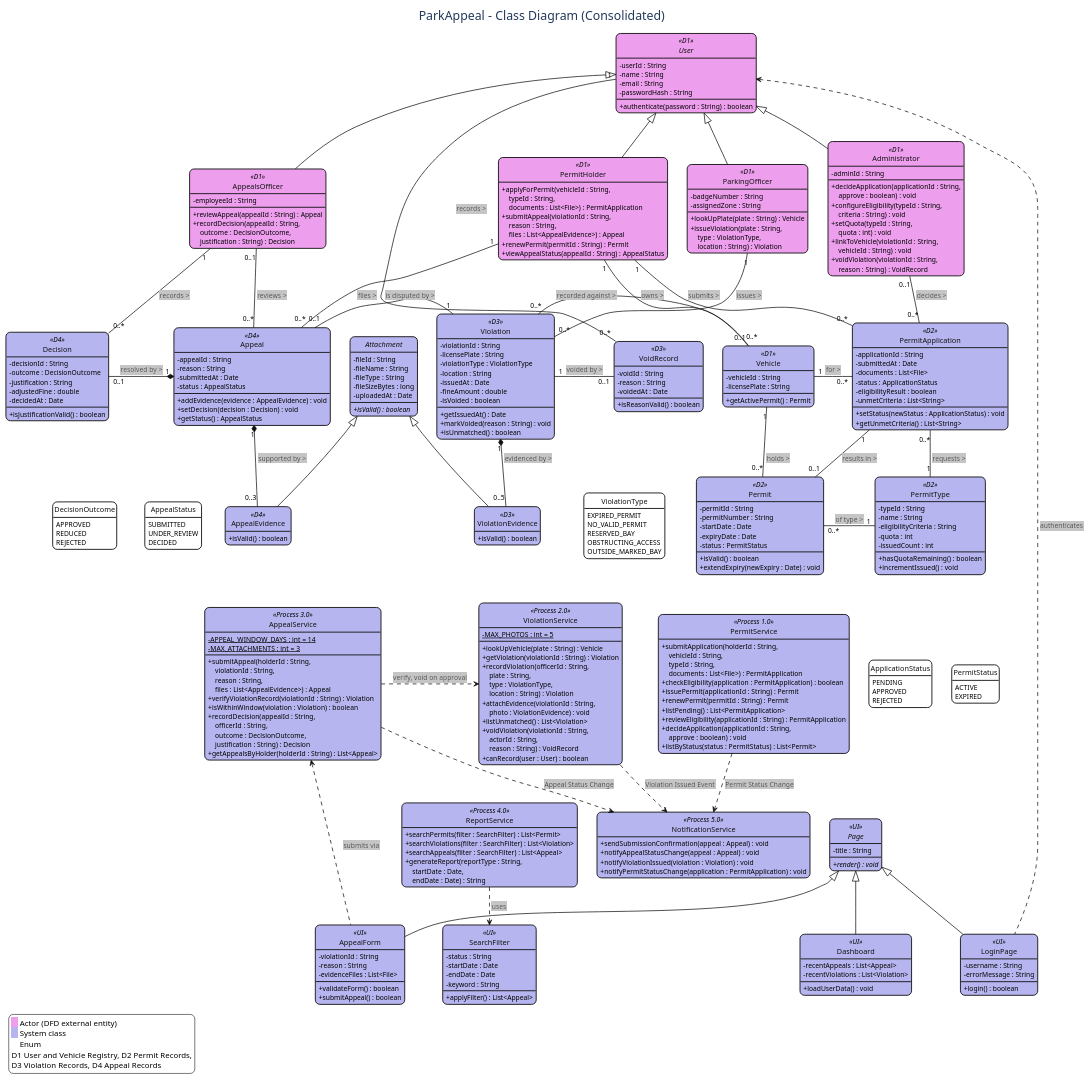
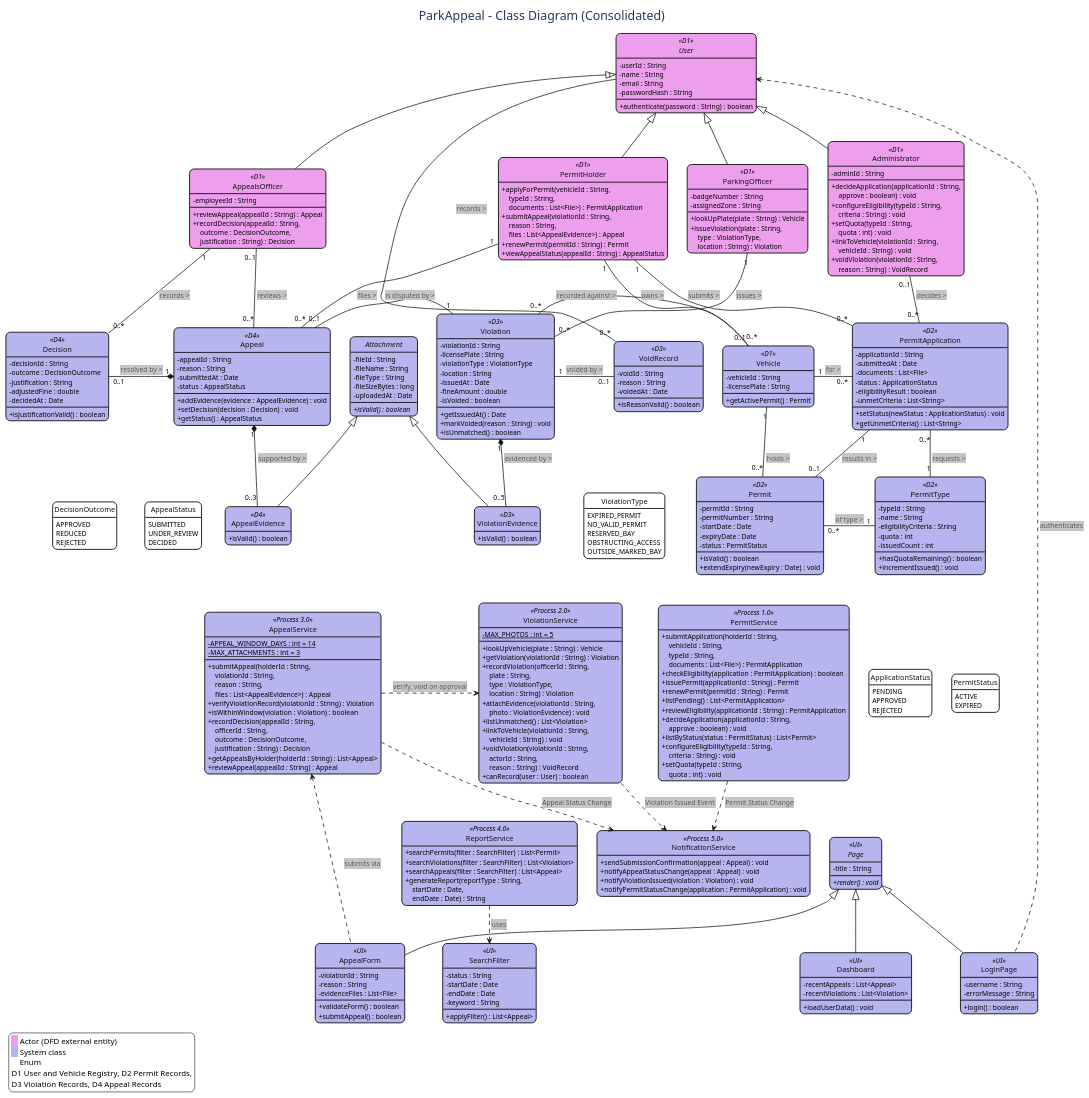
The diagram in Project/Object_Modeling/Class_Diagram.puml (COE420-Team-6/ParkAppeal), drawn with PlantUML before and after one commit. The commit also changed 8 other files, not shown here.

```diff
--- a/Project/Object_Modeling/Class_Diagram.puml
+++ b/Project/Object_Modeling/Class_Diagram.puml
@@ -124,6 +124,10 @@
   + decideApplication(applicationId : String,
   {method}    approve : boolean) : void
   + listByStatus(status : PermitStatus) : List<Permit>
+  + configureEligibility(typeId : String,
+  {method}    criteria : String) : void
+  + setQuota(typeId : String,
+  {method}    quota : int) : void
 }
 enum ApplicationStatus #FFFFFF {
   PENDING
@@ -167,6 +171,8 @@
   + attachEvidence(violationId : String,
   {method}    photo : ViolationEvidence) : void
   + listUnmatched() : List<Violation>
+  + linkToVehicle(violationId : String,
+  {method}    vehicleId : String) : void
   + voidViolation(violationId : String,
   {method}    actorId : String,
   {method}    reason : String) : VoidRecord
@@ -214,6 +220,7 @@
   {method}    outcome : DecisionOutcome,
   {method}    justification : String) : Decision
   + getAppealsByHolder(holderId : String) : List<Appeal>
+  + reviewAppeal(appealId : String) : Appeal
 }
 enum AppealStatus #FFFFFF {
   SUBMITTED
```
